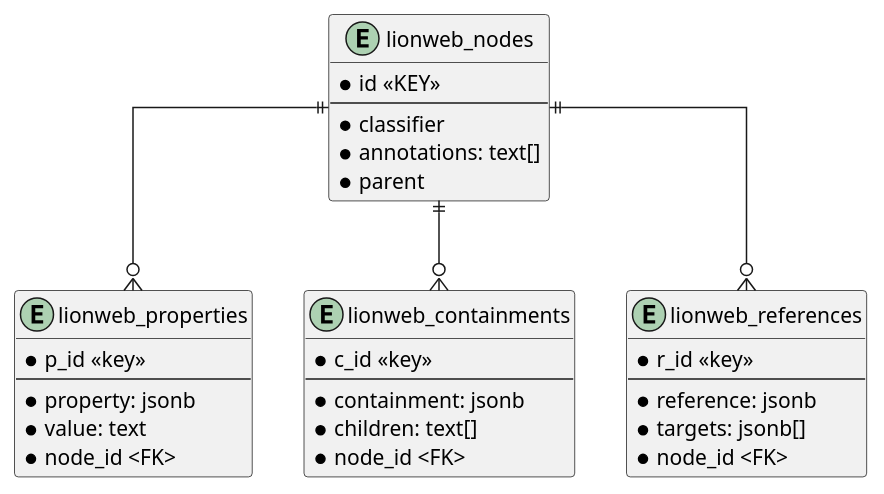
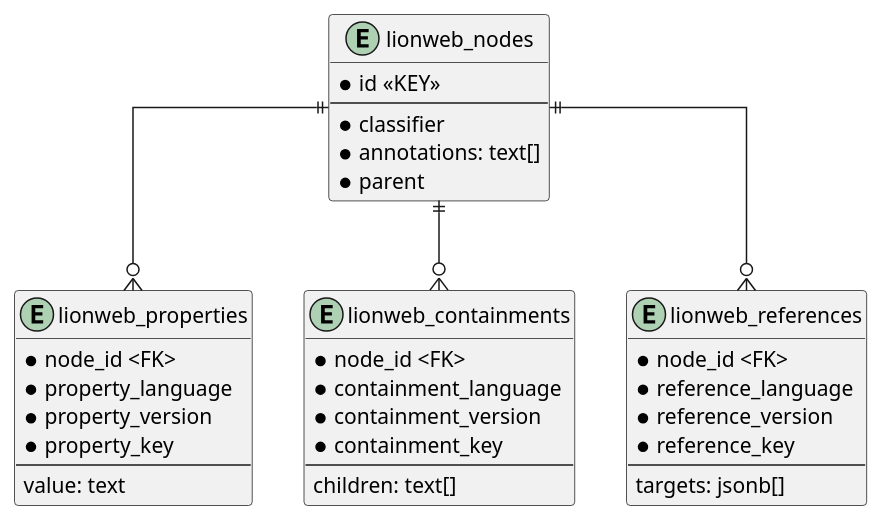
One commit to LionWeb-io/lionweb-repository changed the diagram in docs/database-schema.puml. Above: the diagram before and after it, drawn with PlantUML. The commit also changed 55 other files, not shown here.

```diff
--- a/docs/database-schema.puml
+++ b/docs/database-schema.puml
@@ -1,36 +1,39 @@
 @startuml
 skinparam linetype ortho
 
 entity lionweb_nodes {
     * id <<KEY>>
     --
     * classifier
     * annotations: text[]
     * parent
 }
 entity lionweb_properties {
-    * p_id <<key>>
+    * node_id <FK>
+    * property_language
+    * property_version
+    * property_key
     --
-    * property: jsonb
-    * value: text
-    * node_id <FK>
+    value: text
 }
 entity lionweb_containments {
-    * c_id <<key>>
+    * node_id <FK>
+    * containment_language
+    * containment_version
+    * containment_key
     --
-    * containment: jsonb
-    * children: text[]
-    * node_id <FK>
+    children: text[]
 }
 entity lionweb_references {
-    * r_id <<key>>
+    * node_id <FK>
+    * reference_language
+    * reference_version
+    * reference_key
     --
-    * reference: jsonb
-    * targets: jsonb[]
-    * node_id <FK>
+    targets: jsonb[]
 }
 
 lionweb_nodes  ||--o{ lionweb_properties
 lionweb_nodes  ||--o{ lionweb_containments
 lionweb_nodes  ||--o{ lionweb_references
 @enduml
```
